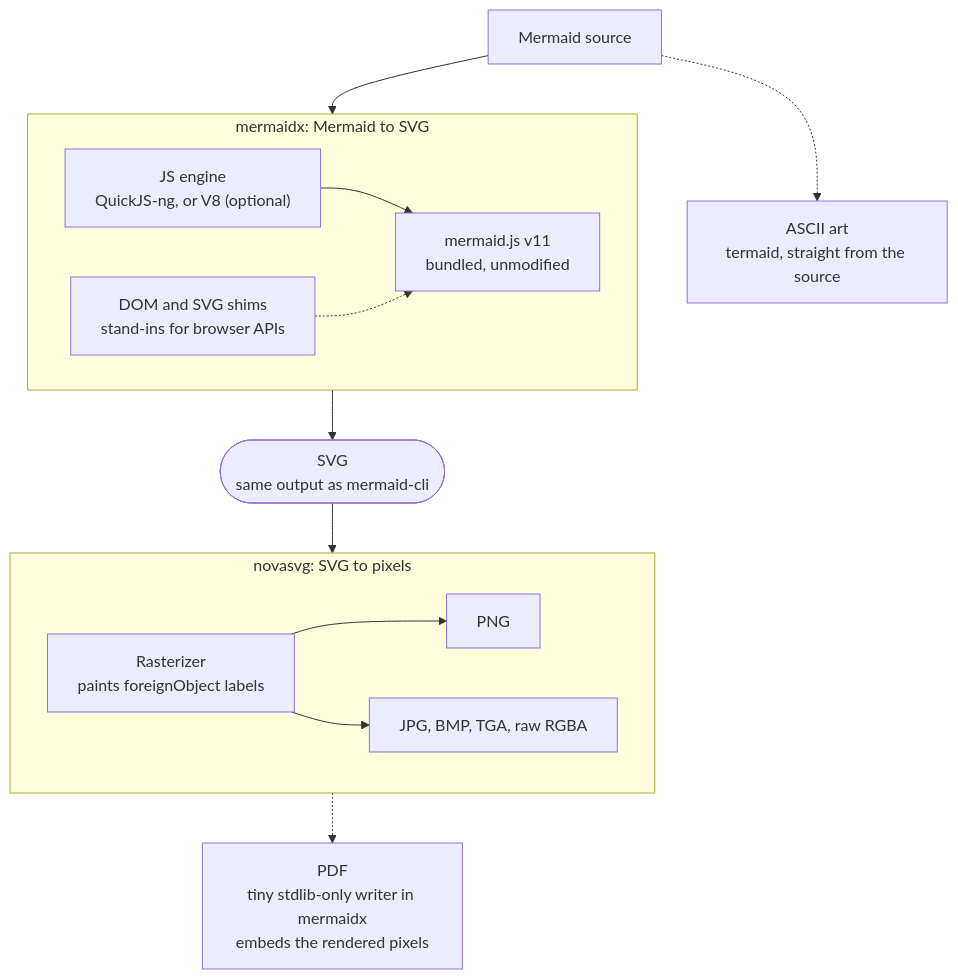
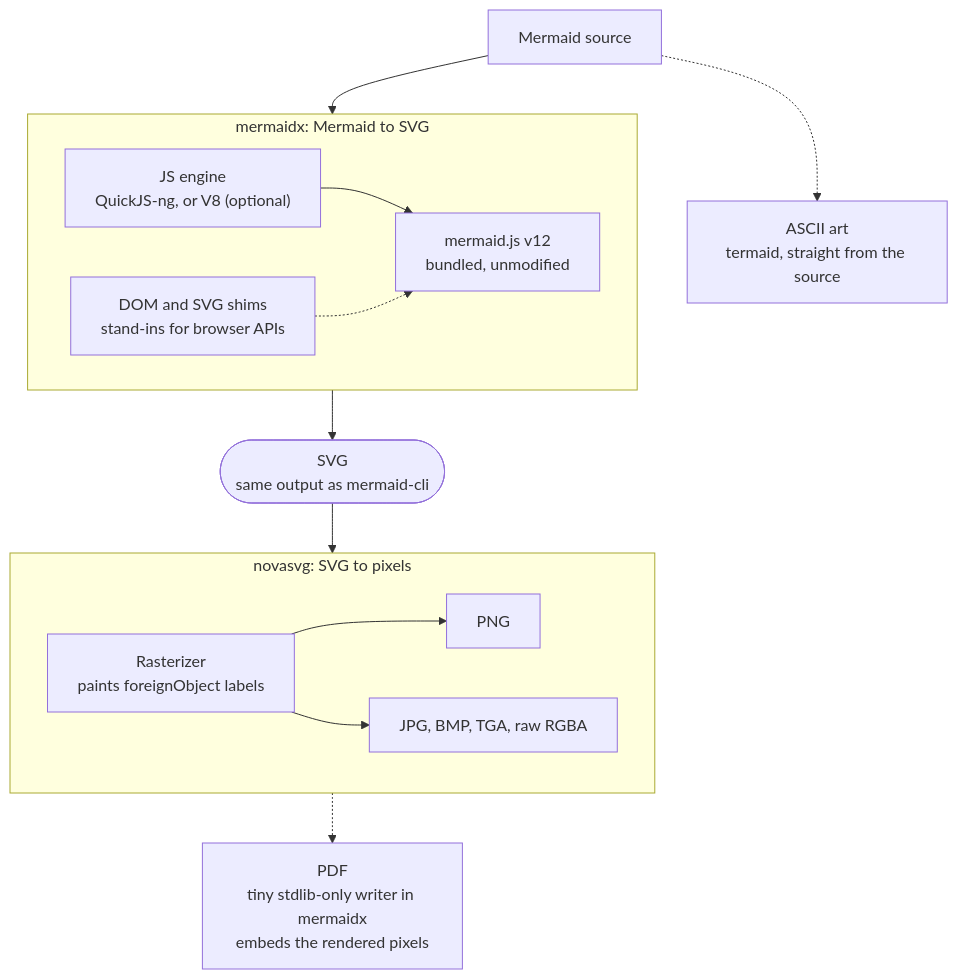
Before and after one commit to MohammadRaziei/mermaidx: the first of 2 diagrams in README.md, drawn with Mermaid. The commit also changed other lines of this file and 6 other files, not shown here.

First line of the commit message:
chore: release v0.11.0 with mermaid-cli 12, pele renderer, and performance fixes

````diff
--- a/README.md
+++ b/README.md
@@ -104,22 +104,22 @@
 ```mermaid
 flowchart TB
     SRC["Mermaid source"] --> MX
     SRC -.-> ASCII["ASCII art<br/>termaid, straight from the source"]
 
     subgraph MX ["mermaidx: Mermaid to SVG"]
         direction LR
-        JS["JS engine<br/>QuickJS-ng, or V8 (optional)"] --> MJS["mermaid.js v11<br/>bundled, unmodified"]
+        JS["JS engine<br/>QuickJS-ng, or V8 (optional)"] --> MJS["mermaid.js v12<br/>bundled, unmodified"]
         SHIM["DOM and SVG shims<br/>stand-ins for browser APIs"] -.-> MJS
     end
 
     MX --> SVG(["SVG<br/>same output as mermaid-cli"])
     SVG --> RAS
 
     subgraph NS ["novasvg: SVG to pixels"]
         direction LR
         RAS["Rasterizer<br/>paints foreignObject labels"] --> PNG["PNG"]
         RAS --> OTHER["JPG, BMP, TGA, raw RGBA"]
     end
 
     RAS -.-> PDF["PDF<br/>tiny stdlib-only writer in mermaidx<br/>embeds the rendered pixels"]
 ```
````
